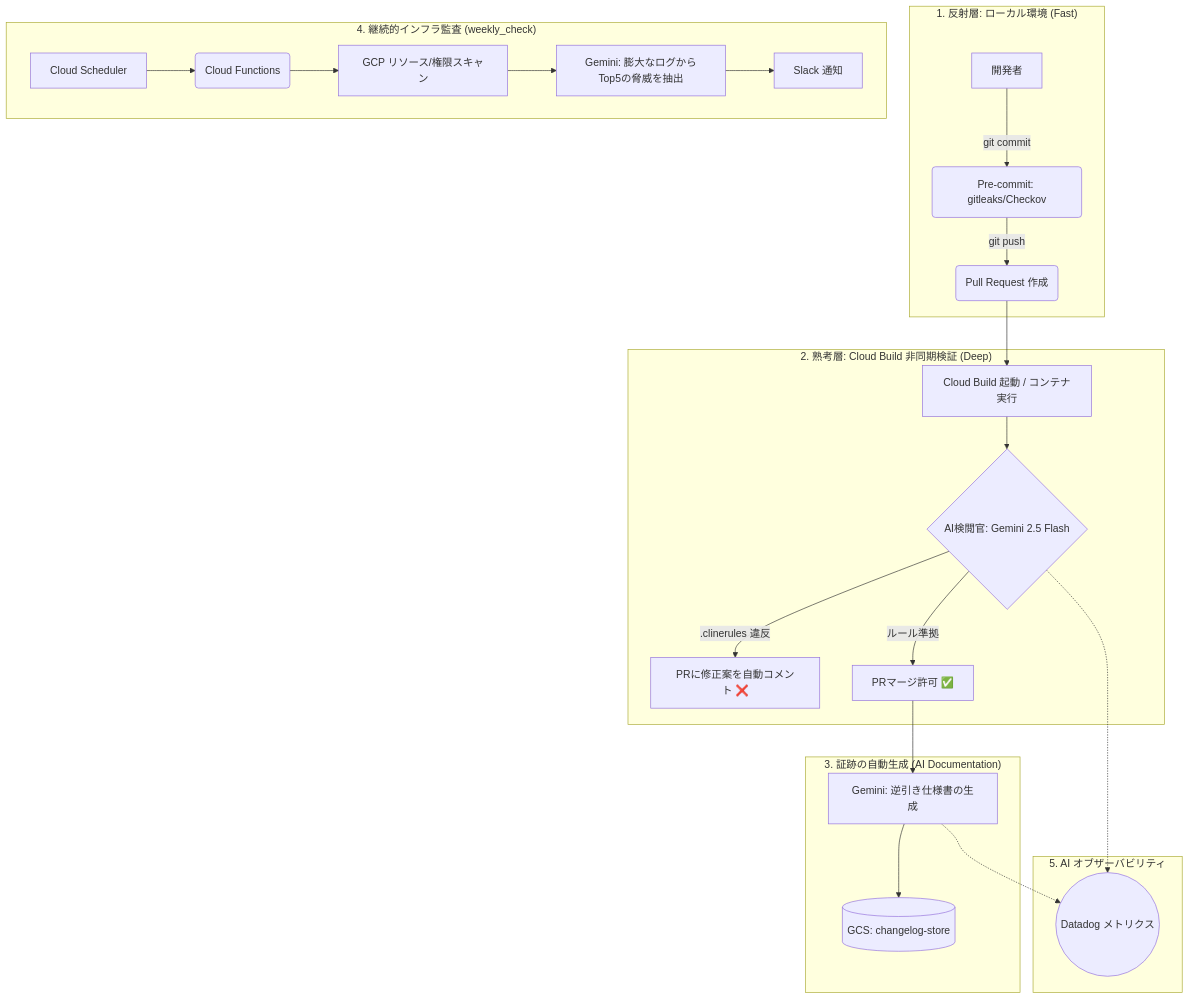
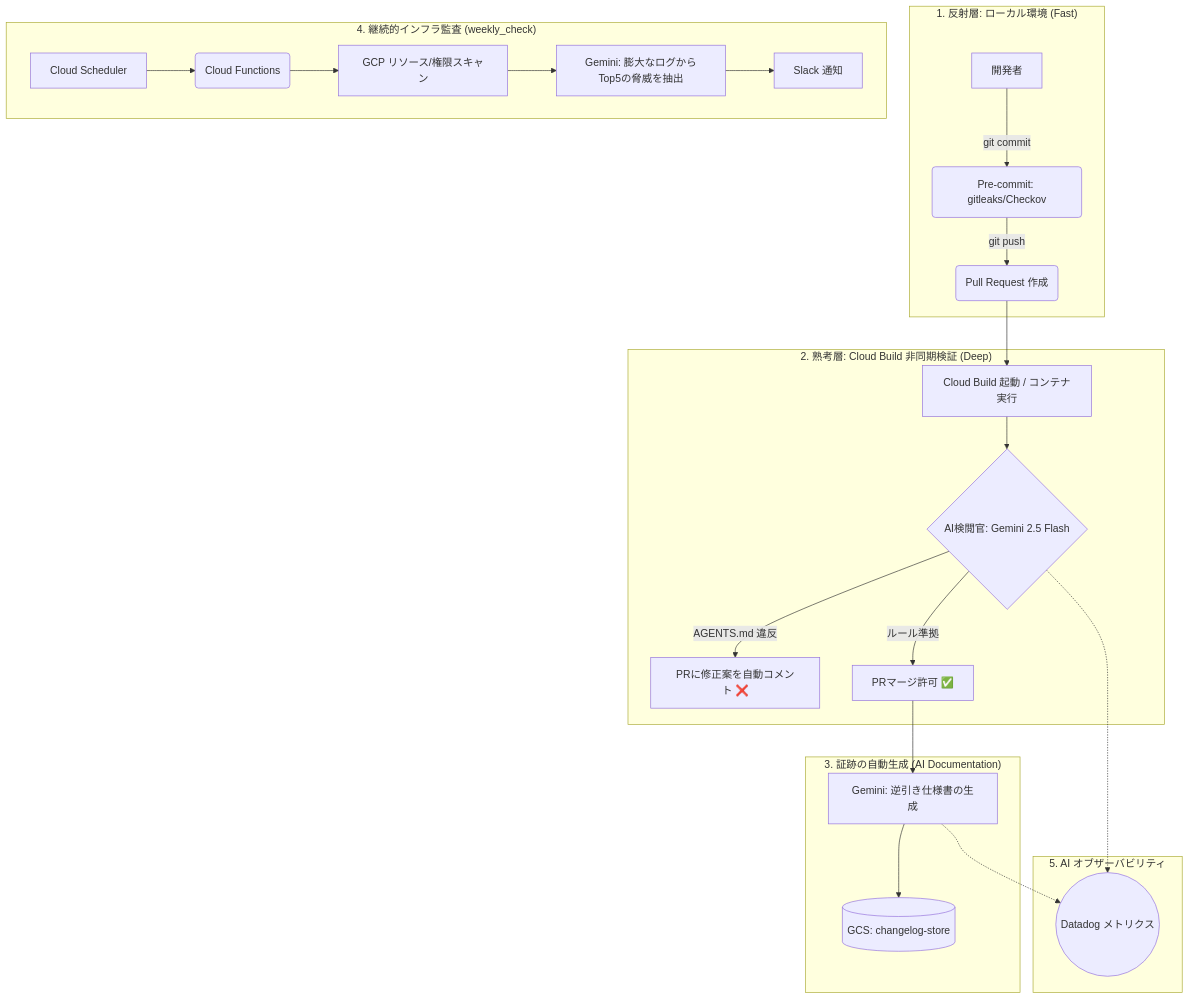
The diagram in README.md (shinkawamisaki/gcp-base), drawn with Mermaid before and after one commit. The commit also changed other lines of this file and 15 other files, not shown here.

First line of the commit message:
[gcp-base] 憲法 .clinerules を AGENTS.md へ改名 (#42)

````diff
--- a/README.md
+++ b/README.md
@@ -30,31 +30,31 @@
 ```mermaid
 graph TD
     subgraph "1. 反射層: ローカル環境 (Fast)"
         A[開発者] -->|git commit| B(Pre-commit: gitleaks/Checkov)
         B -->|git push| C(Pull Request 作成)
     end
 
     subgraph "2. 熟考層: Cloud Build 非同期検証 (Deep)"
         C --> D[Cloud Build 起動 / コンテナ実行]
         D --> E{AI検閲官: Gemini 2.5 Flash}
-        E -->|.clinerules 違反| F[PRに修正案を自動コメント ❌]
+        E -->|AGENTS.md 違反| F[PRに修正案を自動コメント ❌]
         E -->|ルール準拠| G[PRマージ許可 ✅]
     end
 
     subgraph "3. 証跡の自動生成 (AI Documentation)"
         G --> H[Gemini: 逆引き仕様書の生成]
         H --> I[(GCS: changelog-store)]
     end
 
     subgraph "4. 継続的インフラ監査 (weekly_check)"
         J[Cloud Scheduler] --> K(Cloud Functions)
         K --> L[GCP リソース/権限スキャン]
         L --> M[Gemini: 膨大なログからTop5の脅威を抽出]
         M --> N[Slack 通知]
     end
 
     subgraph "5. AI オブザーバビリティ"
         E -.-> O((Datadog メトリクス))
         H -.-> O
     end
 ```
````
